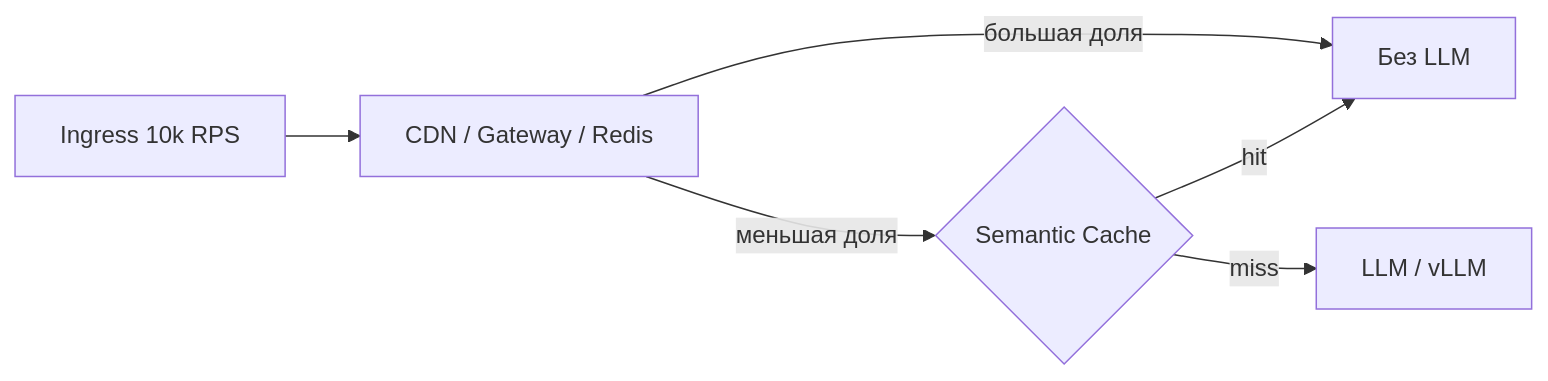
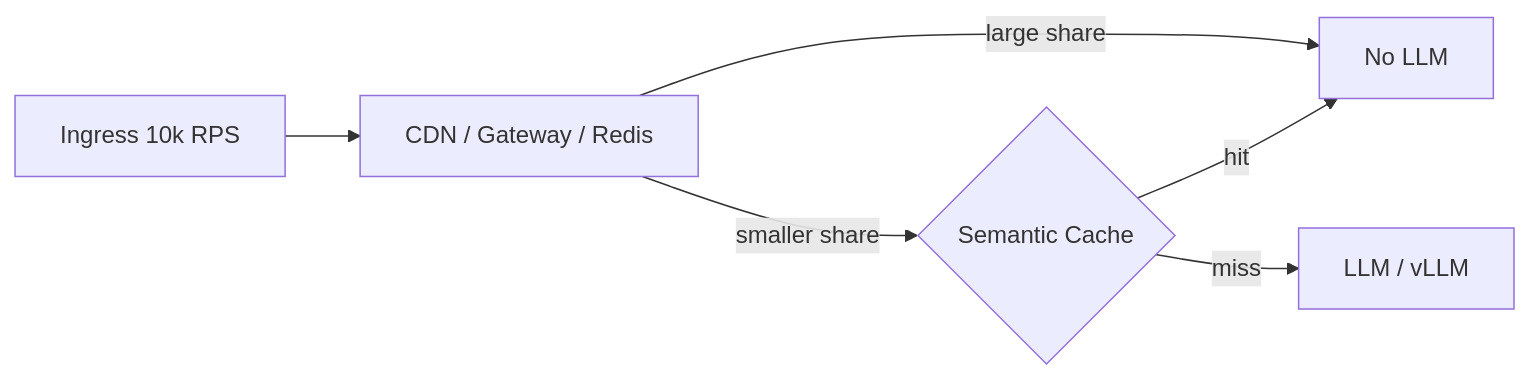
The seventh of 7 diagrams in hw-9/docs/high-load-architecture.md (YuesIt17/yuit-docs-ai-architect), drawn with Mermaid before and after one commit. The commit also changed other lines of this file and 53 other files, not shown here.

First line of the commit message:
docs: translate the remaining Russian text and diagrams to English

````diff
--- a/hw-9/docs/high-load-architecture.md
+++ b/hw-9/docs/high-load-architecture.md
@@ -301,8 +301,8 @@
 ```mermaid
 flowchart LR
   I[Ingress 10k RPS] --> C[CDN / Gateway / Redis]
-  C -->|большая доля| NoLLM[Без LLM]
-  C -->|меньшая доля| SC{Semantic Cache}
+  C -->|large share| NoLLM[No LLM]
+  C -->|smaller share| SC{Semantic Cache}
   SC -->|hit| NoLLM
   SC -->|miss| LLM[LLM / vLLM]
 ```
````
